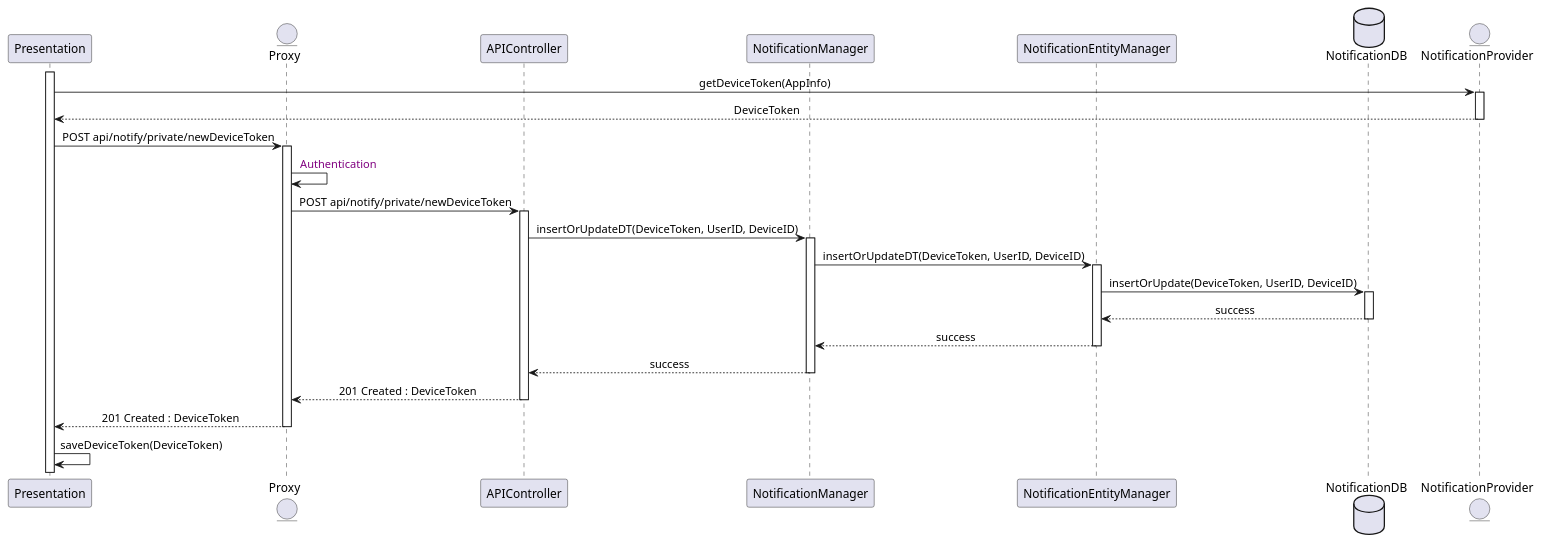
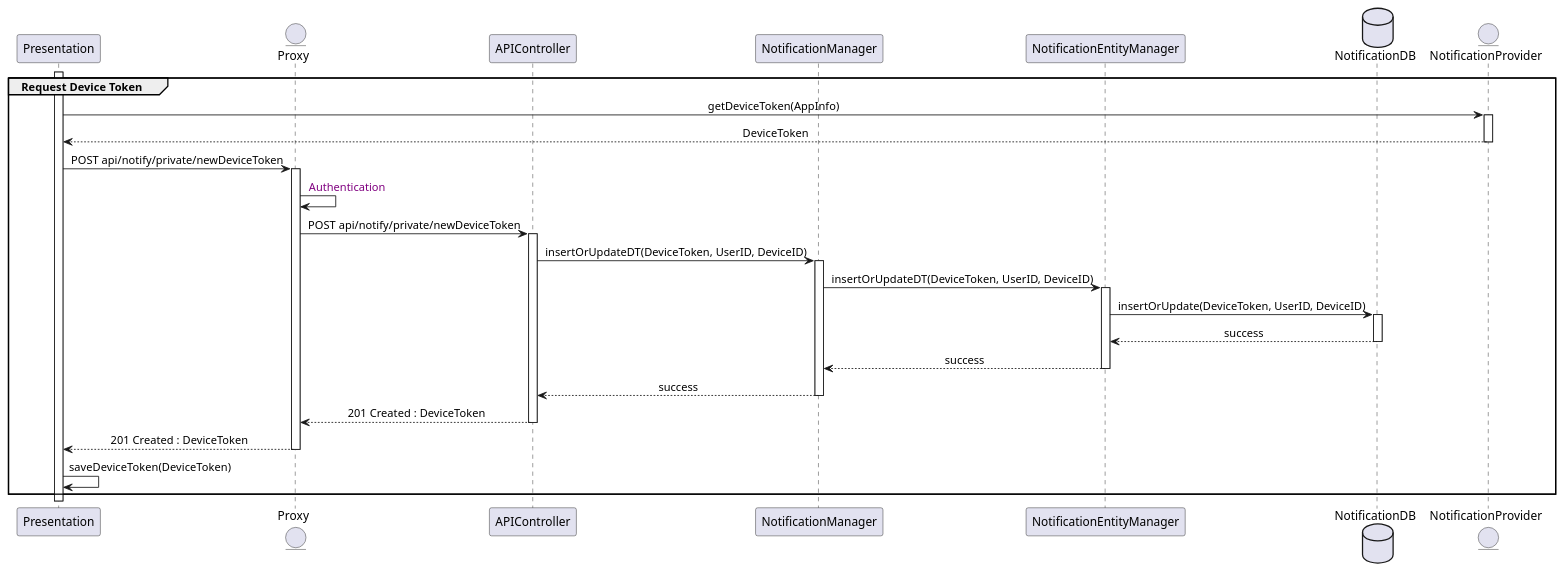
Before and after one commit to Slaitroc/RicciPaoliGrisoni: the diagram in Diagrams/SequenceDiagrams/DD/103RequestDeviceToken.wsd, drawn with PlantUML. The commit also changed 7 other files, not shown here.

Commit message:
Minor DD Sequences Fixes

```diff
--- a/Diagrams/SequenceDiagrams/DD/103RequestDeviceToken.wsd
+++ b/Diagrams/SequenceDiagrams/DD/103RequestDeviceToken.wsd
@@ -1,40 +1,42 @@
 @startuml 
 skinparam sequenceMessageAlign center
 
 participant Presentation
 entity Proxy
 participant APIController
 participant NotificationManager
 participant NotificationEntityManager
 database NotificationDB
 entity NotificationProvider
 
 activate Presentation
+group Request Device Token
 Presentation -> NotificationProvider : getDeviceToken(AppInfo)
 activate NotificationProvider
 NotificationProvider --> Presentation : DeviceToken
 deactivate NotificationProvider
 Presentation -> Proxy : POST api/notify/private/newDeviceToken
 activate Proxy
 Proxy -> Proxy : <color:purple> Authentication
 Proxy -> APIController : POST api/notify/private/newDeviceToken
 activate APIController
 APIController -> NotificationManager : insertOrUpdateDT(DeviceToken, UserID, DeviceID)
 activate NotificationManager
 NotificationManager -> NotificationEntityManager : insertOrUpdateDT(DeviceToken, UserID, DeviceID)
 activate NotificationEntityManager
 NotificationEntityManager -> NotificationDB : insertOrUpdate(DeviceToken, UserID, DeviceID)
 activate NotificationDB
 NotificationDB --> NotificationEntityManager : success
 deactivate NotificationDB
 NotificationEntityManager --> NotificationManager : success
 deactivate NotificationEntityManager
 NotificationManager --> APIController : success
 deactivate NotificationManager
 APIController --> Proxy : 201 Created : DeviceToken
 deactivate APIController
 Proxy --> Presentation : 201 Created : DeviceToken
 deactivate Proxy
 Presentation -> Presentation : saveDeviceToken(DeviceToken)
+end
 
 @enduml
```
